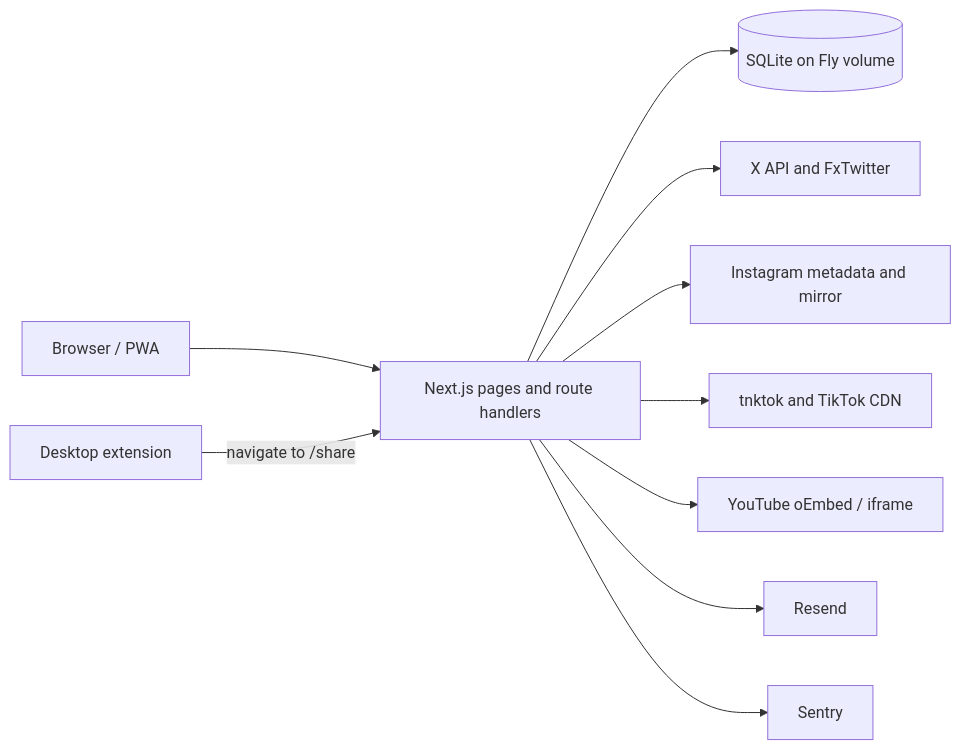
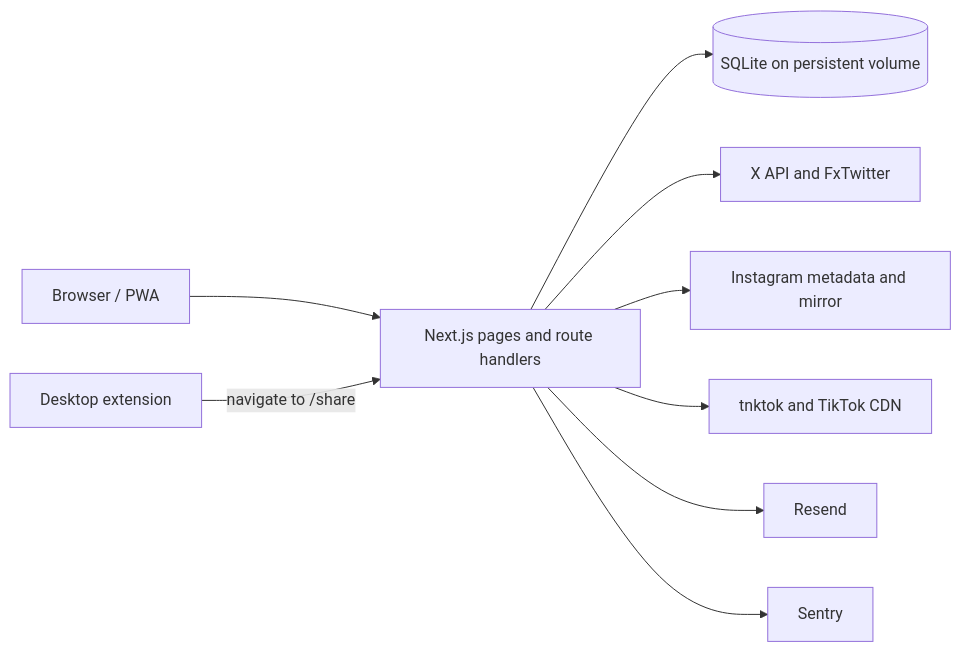
One commit to itsmemeworks/adhx changed the first of 6 diagrams in ARCHITECTURE.md. Above: the diagram before and after it, drawn with Mermaid. The commit also changed other lines of this file and 789 other files, not shown here.

````diff
--- a/ARCHITECTURE.md
+++ b/ARCHITECTURE.md
@@ -19,12 +32,11 @@
 ```mermaid
 flowchart LR
   B[Browser / PWA] --> N[Next.js pages and route handlers]
   E[Desktop extension] -->|navigate to /share| N
-  N --> D[(SQLite on Fly volume)]
+  N --> D[(SQLite on persistent volume)]
   N --> X[X API and FxTwitter]
   N --> I[Instagram metadata and mirror]
   N --> T[tnktok and TikTok CDN]
-  N --> Y[YouTube oEmbed / iframe]
   N --> R[Resend]
   N --> S[Sentry]
 ```
````
